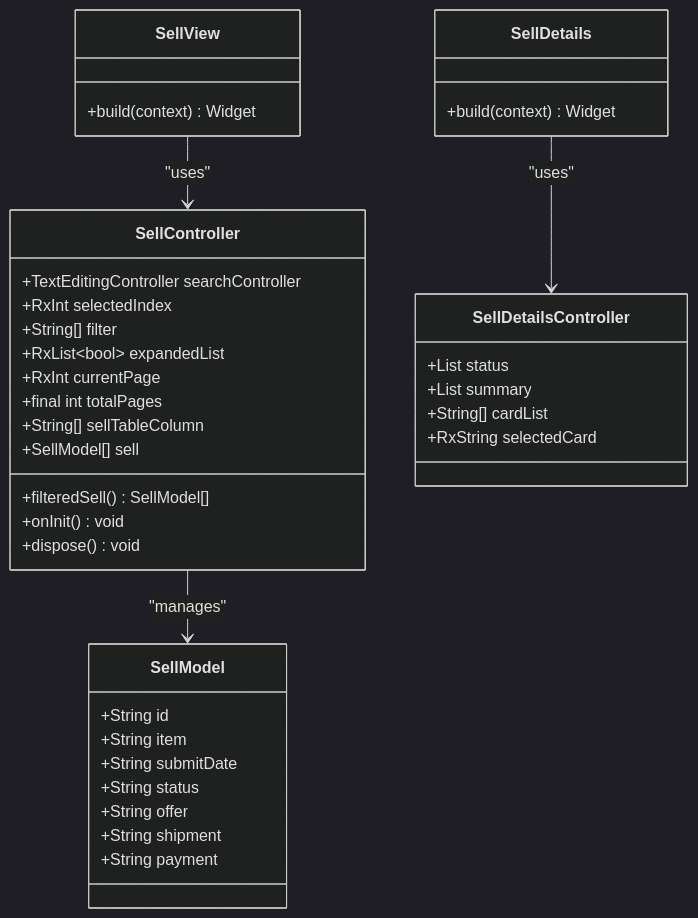
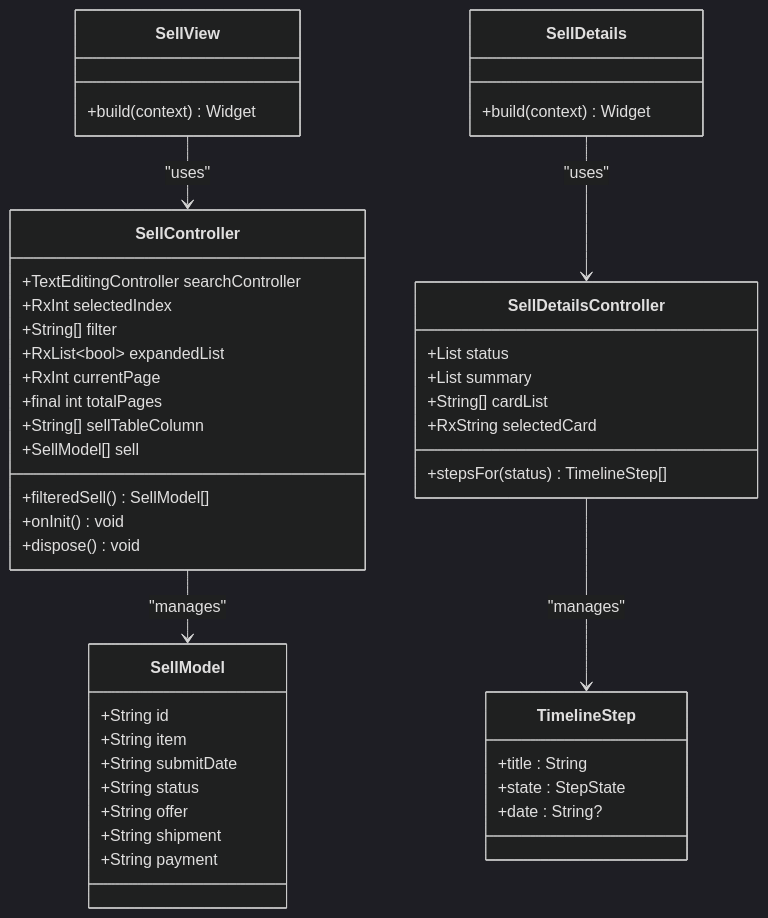
The fifth of 9 diagrams in .qoder/repowiki/en/content/Core Features/Business Services/Sell Furniture System.md (Ariful3111/FurniGo), drawn with Mermaid (dark theme) before and after one commit. The commit also changed other lines of this file and 10 other files, not shown here.

````diff
--- a/.qoder/repowiki/en/content/Core Features/Business Services/Sell Furniture System.md
+++ b/.qoder/repowiki/en/content/Core Features/Business Services/Sell Furniture System.md
@@ -278,40 +385,47 @@
 ```mermaid
 classDiagram
 class SellController {
 +TextEditingController searchController
 +RxInt selectedIndex
 +String[] filter
 +RxList~bool~ expandedList
 +RxInt currentPage
 +final int totalPages
 +String[] sellTableColumn
 +SellModel[] sell
 +filteredSell() SellModel[]
 +onInit() void
 +dispose() void
 }
 class SellDetailsController {
 +List status
 +List summary
 +String[] cardList
 +RxString selectedCard
++stepsFor(status) TimelineStep[]
+}
+class TimelineStep {
++title : String
++state : StepState
++date : String?
 }
 class SellModel {
 +String id
 +String item
 +String submitDate
 +String status
 +String offer
 +String shipment
 +String payment
 }
 class SellView {
 +build(context) Widget
 }
 class SellDetails {
 +build(context) Widget
 }
 SellView --> SellController : "uses"
 SellDetails --> SellDetailsController : "uses"
+SellDetailsController --> TimelineStep : "manages"
 SellController --> SellModel : "manages"
 ```
````
